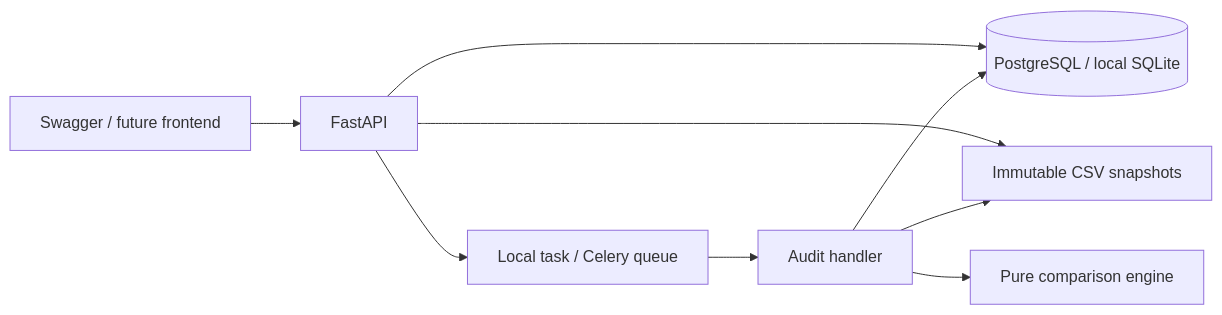
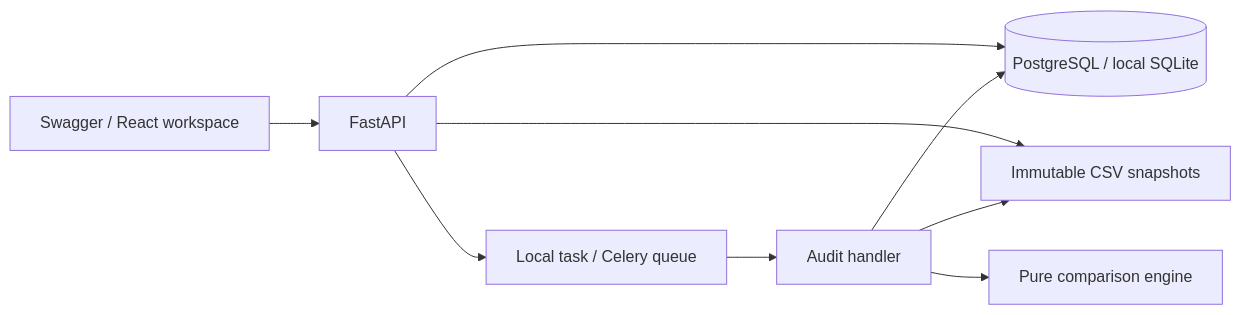
Before and after one commit to ha77fr/CRM-Migration-Auditor: the diagram in docs/architecture.md, drawn with Mermaid. The commit also changed other lines of this file and 25 other files, not shown here.

Commit message:
Add frontend scaffolding with reusable components, Atlas/Signal templates, and API hooks; implement basic styles and project list rendering.

````diff
--- a/docs/architecture.md
+++ b/docs/architecture.md
@@ -11,11 +12,11 @@
 ```mermaid
 flowchart LR
-  Client[Swagger / future frontend] --> API[FastAPI]
+  Client[Swagger / React workspace] --> API[FastAPI]
   API --> DB[(PostgreSQL / local SQLite)]
   API --> Files[Immutable CSV snapshots]
   API --> Queue[Local task / Celery queue]
   Queue --> Worker[Audit handler]
   Worker --> Engine[Pure comparison engine]
   Worker --> Files
   Worker --> DB
 ```
````
